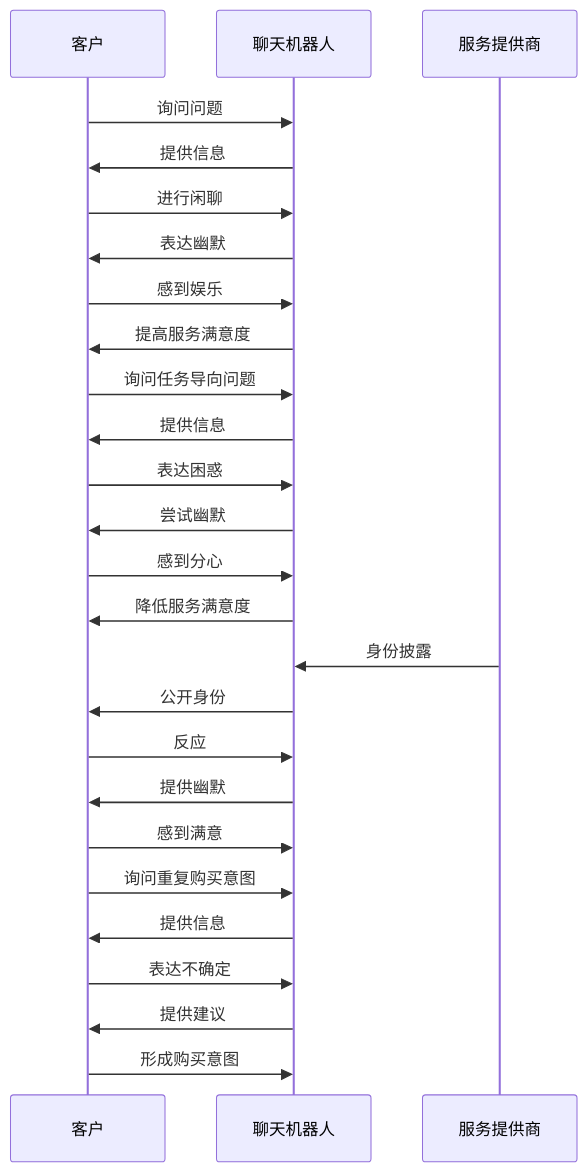
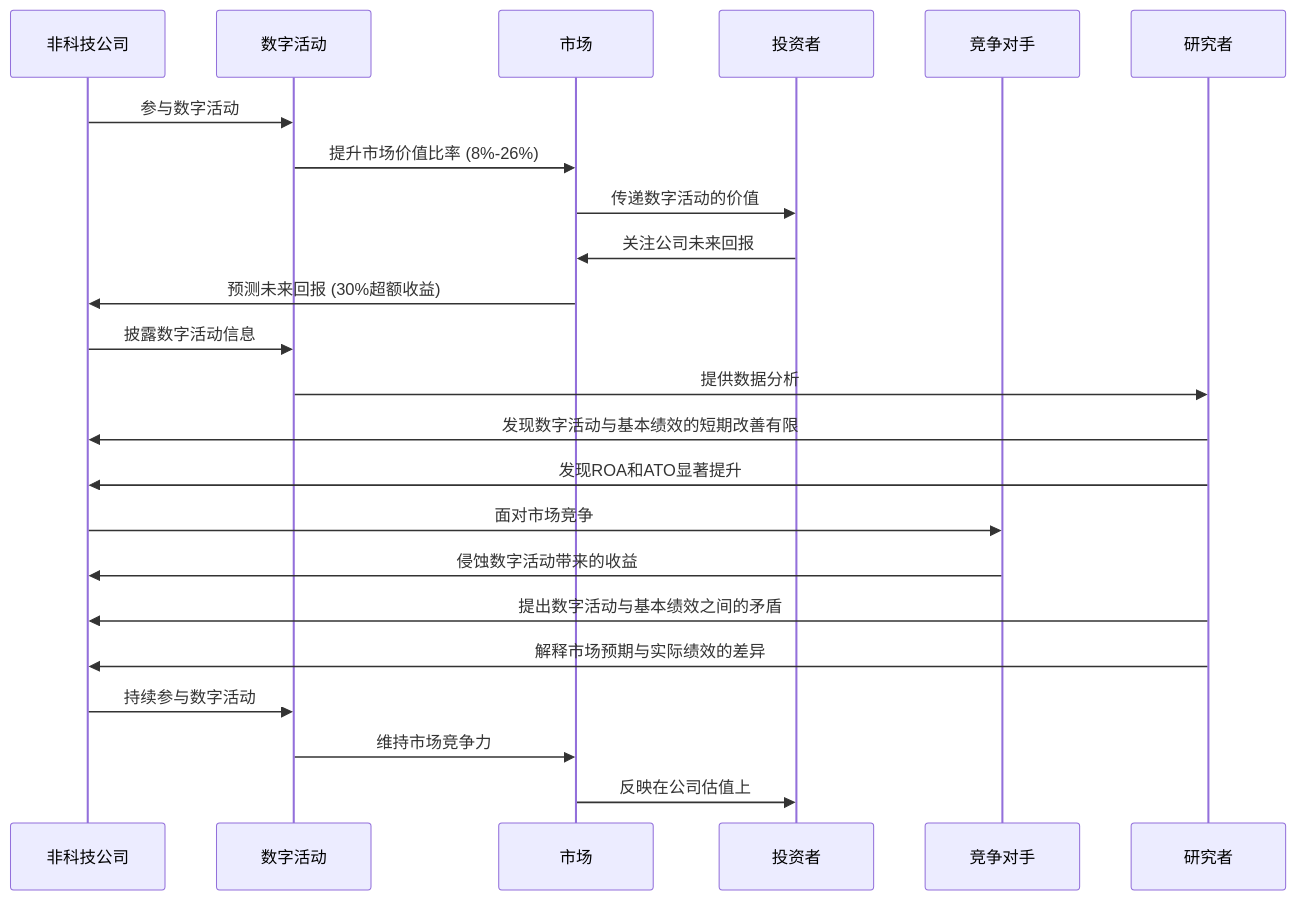
The tenth of 16 diagrams in 其他.md (Fabreque/charles), drawn with Mermaid before and after one commit. The commit also changed other lines of this file and 3 other files, not shown here.

````diff
--- a/其他.md
+++ b/其他.md
@@ -224,32 +555,30 @@
 ```mermaid
 sequenceDiagram
-    participant C as 客户
-    participant R as 聊天机器人
-    participant S as 服务提供商
+    participant A as 非科技公司
+    participant B as 数字活动
+    participant C as 市场
+    participant D as 投资者
+    participant E as 竞争对手
+    participant F as 研究者
 
-    C->>R: 询问问题
-    R->>C: 提供信息
-    C->>R: 进行闲聊
-    R->>C: 表达幽默
-    C->>R: 感到娱乐
-    R->>C: 提高服务满意度
+    A->>B: 参与数字活动
+    B->>C: 提升市场价值比率 (8%-26%)
+    C->>D: 传递数字活动的价值
+    D->>C: 关注公司未来回报
+    C->>A: 预测未来回报 (30%超额收益)
 
-    C->>R: 询问任务导向问题
-    R->>C: 提供信息
-    C->>R: 表达困惑
-    R->>C: 尝试幽默
-    C->>R: 感到分心
-    R->>C: 降低服务满意度
+    A->>B: 披露数字活动信息
+    B->>F: 提供数据分析
+    F->>A: 发现数字活动与基本绩效的短期改善有限
+    F->>A: 发现ROA和ATO显著提升
 
-    S->>R: 身份披露
-    R->>C: 公开身份
-    C->>R: 反应
-    R->>C: 提供幽默
-    C->>R: 感到满意
+    A->>E: 面对市场竞争
+    E->>A: 侵蚀数字活动带来的收益
 
-    C->>R: 询问重复购买意图
-    R->>C: 提供信息
-    C->>R: 表达不确定
-    R->>C: 提供建议
-    C->>R: 形成购买意图
+    F->>A: 提出数字活动与基本绩效之间的矛盾
+    F->>A: 解释市场预期与实际绩效的差异
+
+    A->>B: 持续参与数字活动
+    B->>C: 维持市场竞争力
+    C->>D: 反映在公司估值上
 ```
````
